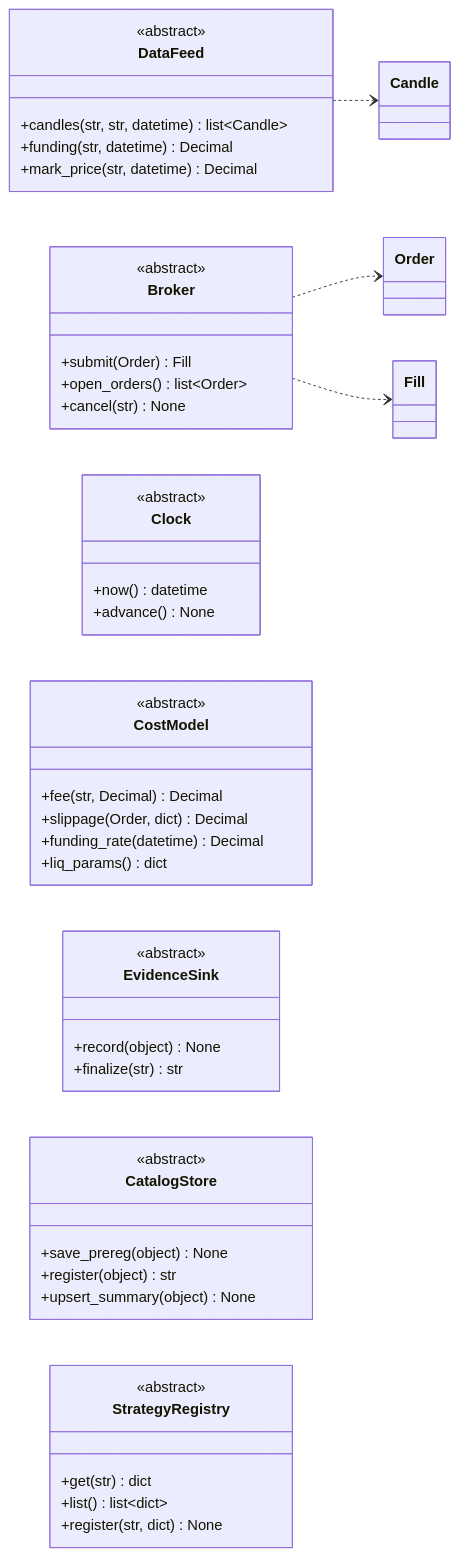
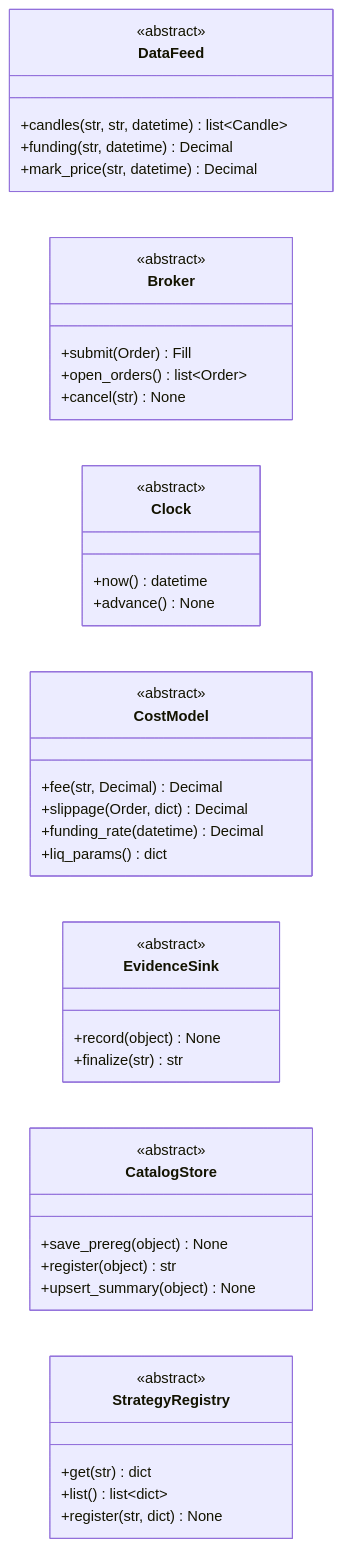
Diagram 15 of 17 in docs/fullspec/backtest_v2_detailed_design.md (vessel35/trading-system-v2), drawn with Mermaid before and after one commit. The commit also changed other lines of this file, not shown here.

First line of the commit message:
docs(b-corelib-classes): §4 전 다이어그램 중복 의존 화살표 정리 동기화(정본 e79c35d 미러)

````diff
--- a/docs/fullspec/backtest_v2_detailed_design.md
+++ b/docs/fullspec/backtest_v2_detailed_design.md
@@ -1986,48 +1971,45 @@
 ```mermaid
 classDiagram
     direction LR
     class DataFeed {
         <<abstract>>
         +candles(str, str, datetime) list~Candle~
         +funding(str, datetime) Decimal
         +mark_price(str, datetime) Decimal
     }
     class Broker {
         <<abstract>>
         +submit(Order) Fill
         +open_orders() list~Order~
         +cancel(str) None
     }
     class Clock {
         <<abstract>>
         +now() datetime
         +advance() None
     }
     class CostModel {
         <<abstract>>
         +fee(str, Decimal) Decimal
         +slippage(Order, dict) Decimal
         +funding_rate(datetime) Decimal
         +liq_params() dict
     }
     class EvidenceSink {
         <<abstract>>
         +record(object) None
         +finalize(str) str
     }
     class CatalogStore {
         <<abstract>>
         +save_prereg(object) None
         +register(object) str
         +upsert_summary(object) None
     }
     class StrategyRegistry {
         <<abstract>>
         +get(str) dict
         +list() list~dict~
         +register(str, dict) None
     }
-    DataFeed ..> Candle
-    Broker ..> Order
-    Broker ..> Fill
 ```
````
